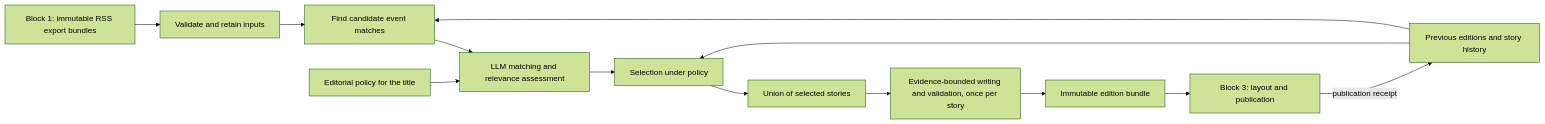
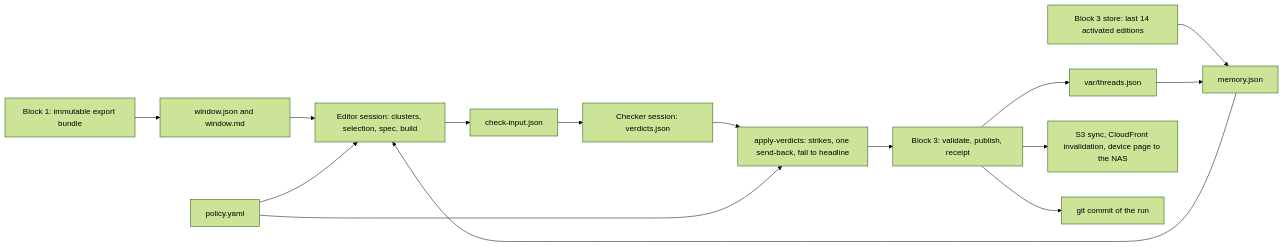
One commit to vyakimov/copenhagen-daily changed the diagram in docs/editorial-architecture.md. Above: the diagram before and after it, drawn with Mermaid (forest theme). The commit also changed other lines of this file and 24 other files, not shown here.

````diff
--- a/docs/editorial-architecture.md
+++ b/docs/editorial-architecture.md
@@ -15,15 +15,17 @@
 ```mermaid
 flowchart LR
-    A[Block 1: immutable RSS export bundles] --> B[Validate and retain inputs]
-    B --> C[Find candidate event matches]
-    C --> D[LLM matching and relevance assessment]
-    D --> E[Selection under policy]
-    E --> U[Union of selected stories]
-    U --> F[Evidence-bounded writing and validation, once per story]
-    F --> G[Immutable edition bundle]
-    G --> H[Block 3: layout and publication]
-    P[Editorial policy for the title] --> D
-    S[Previous editions and story history] --> C
-    S --> E
-    H -->|publication receipt| S
+    A[Block 1: immutable export bundle] --> W[window.json and window.md]
+    S[Block 3 store: last 14 activated editions] --> M[memory.json]
+    T[var/threads.json] --> M
+    W --> E[Editor session: clusters, selection, spec, build]
+    M --> E
+    E --> C[check-input.json]
+    C --> K[Checker session: verdicts.json]
+    K --> V[apply-verdicts: strikes, one send-back, fall to headline]
+    V --> P[Block 3: validate, publish, receipt]
+    P --> D[S3 sync, CloudFront invalidation, device page to the NAS]
+    P --> T
+    P --> G[git commit of the run]
+    Y[policy.yaml] --> E
+    Y --> V
 ```
````
